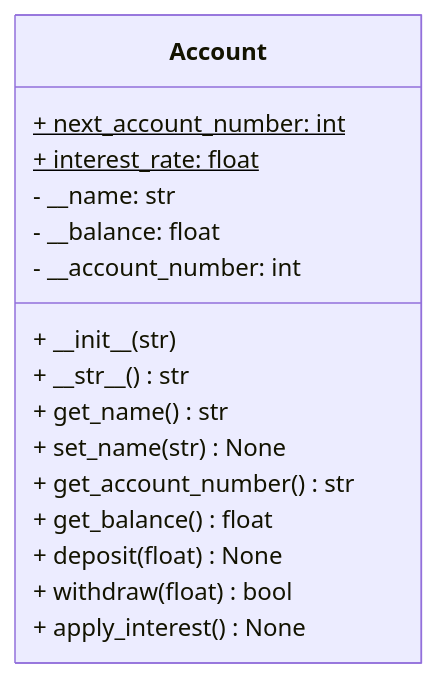
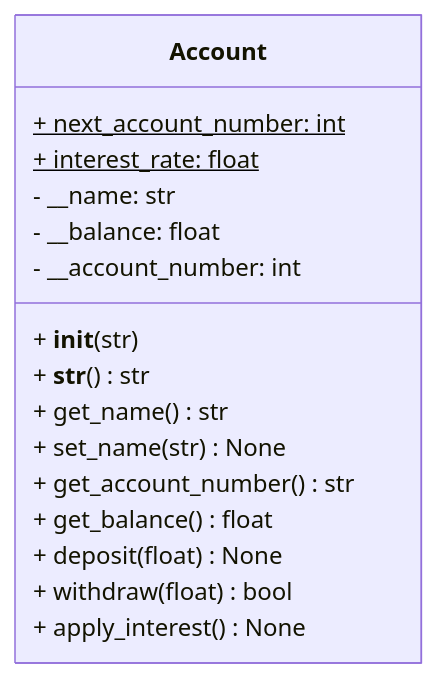
Before and after one commit to isf-dp-cs/isf-dp-cs.github.io: the fourth of 5 diagrams in content/new_syllabus/unit_03_oop/02_encapsulation/_index.md, drawn with Mermaid. The commit also changed other lines of this file, not shown here.

Commit message:
remove slash from mermaid

```diff
--- a/content/new_syllabus/unit_03_oop/02_encapsulation/_index.md
+++ b/content/new_syllabus/unit_03_oop/02_encapsulation/_index.md
@@ -211,19 +211,19 @@
 {{< mermaid >}}
 classDiagram
     class Account {
         + next_account_number: int$
         + interest_rate: float$
         - __name: str
         - __balance: float
         - __account_number: int
-        + \_\_init__(str)
-        + \_\_str__() str
+        + __init__(str)
+        + __str__() str
         + get_name() str
         + set_name(str) None
         + get_account_number() str
         + get_balance() float
         + deposit(float) None
         + withdraw(float) bool
         + apply_interest() None
     }
 {{< /mermaid >}}
```
